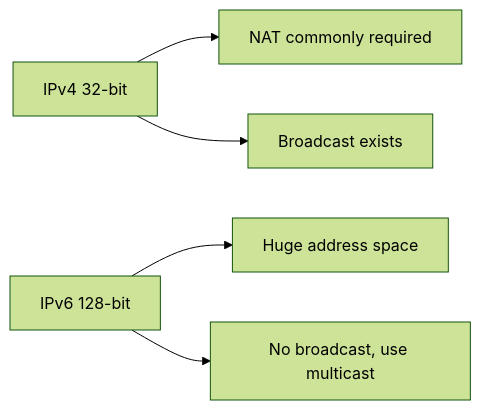
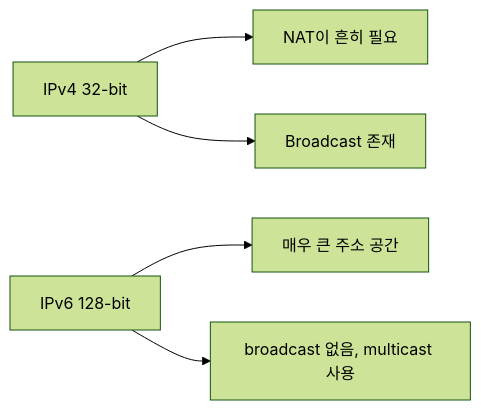
Diagram 11 of 39 in _posts/cs-note/2026-02-27-network.md (mandoobox/mandoobox.github.io), drawn with Mermaid (forest theme) before and after one commit. The commit also changed other lines of this file and 18 other files, not shown here.

````diff
--- a/_posts/cs-note/2026-02-27-network.md
+++ b/_posts/cs-note/2026-02-27-network.md
@@ -312,9 +312,9 @@
 ```mermaid
 flowchart LR
   V4["IPv4 32-bit"]
   V6["IPv6 128-bit"]
-  V4 --> N1[NAT commonly required]
-  V4 --> B1[Broadcast exists]
-  V6 --> N2[Huge address space]
-  V6 --> B2["No broadcast, use multicast"]
+  V4 --> N1[NAT이 흔히 필요]
+  V4 --> B1[Broadcast 존재]
+  V6 --> N2[매우 큰 주소 공간]
+  V6 --> B2["broadcast 없음, multicast 사용"]
 ```
````
